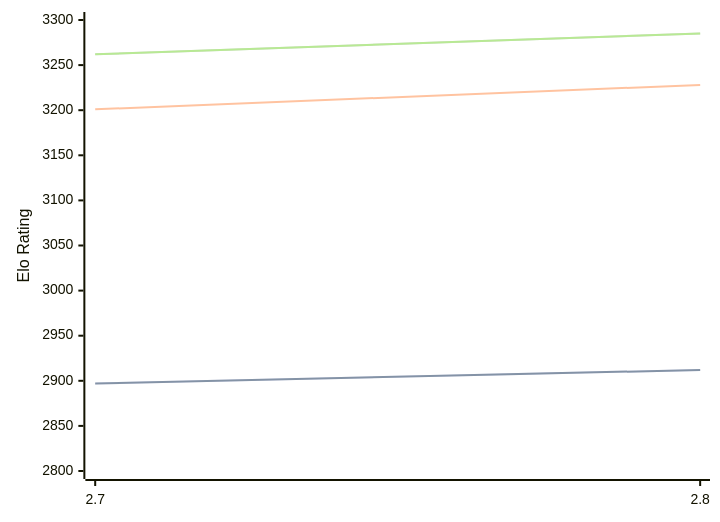
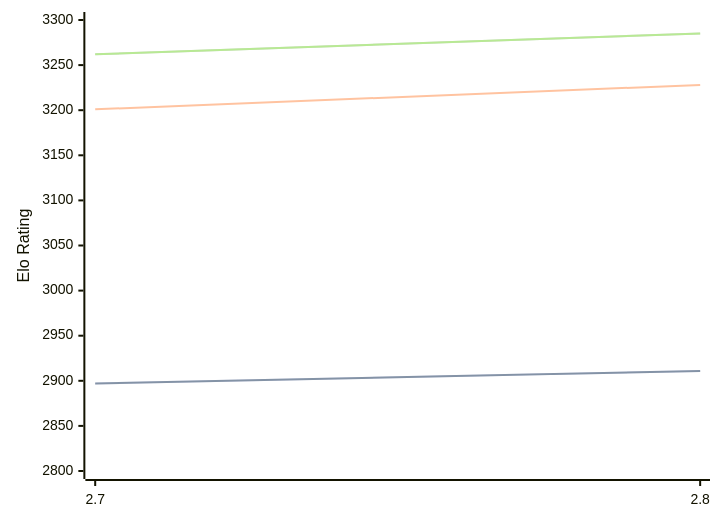
One commit to computer-chess-index/cci changed the diagram in engines/Arcanum.md. Above: the diagram before and after it, drawn with Mermaid. The commit also changed other lines of this file, not shown here.

````diff
--- a/engines/Arcanum.md
+++ b/engines/Arcanum.md
@@ -32,11 +32,11 @@
 ```mermaid
 %%{init: {"theme":"base","themeVariables":{"seriesColors:['#a3a3a3','#222221','#faa371']}}}%%
 xychart-beta
   x-axis ["2.7", "2.8"]
   y-axis "Elo Rating" 2800 --> 3300
-  line "" [2897, 2912]
-  line "STC (8.0+0.08s)" [2897, 2912]
+  line "" [2897, 2911]
+  line "STC (8.0+0.08s)" [2897, 2911]
   line "LTC (60.0+0.60s)" [3201, 3228]
   line "" [3262, 3285]
   line "VLTC (2m24s+1.12s)" [3262, 3285]
 ```
````
